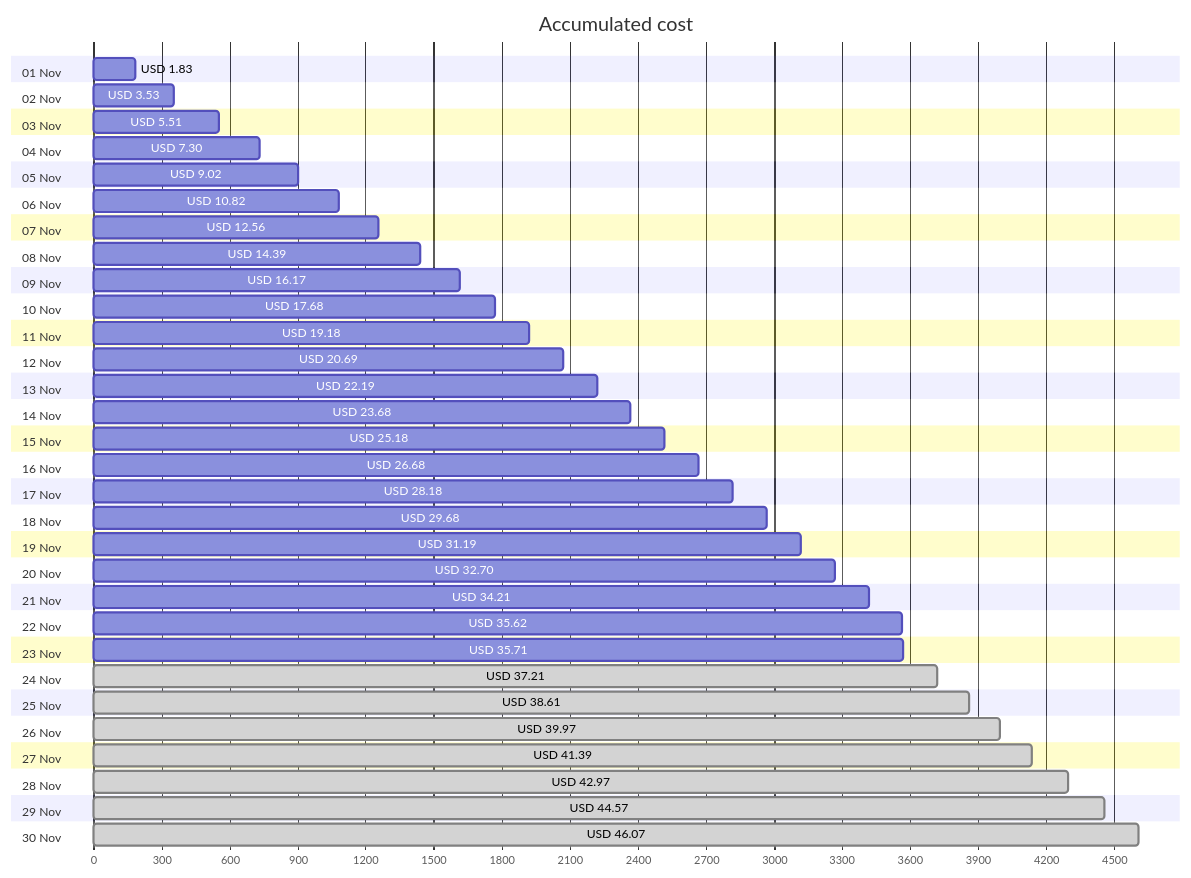
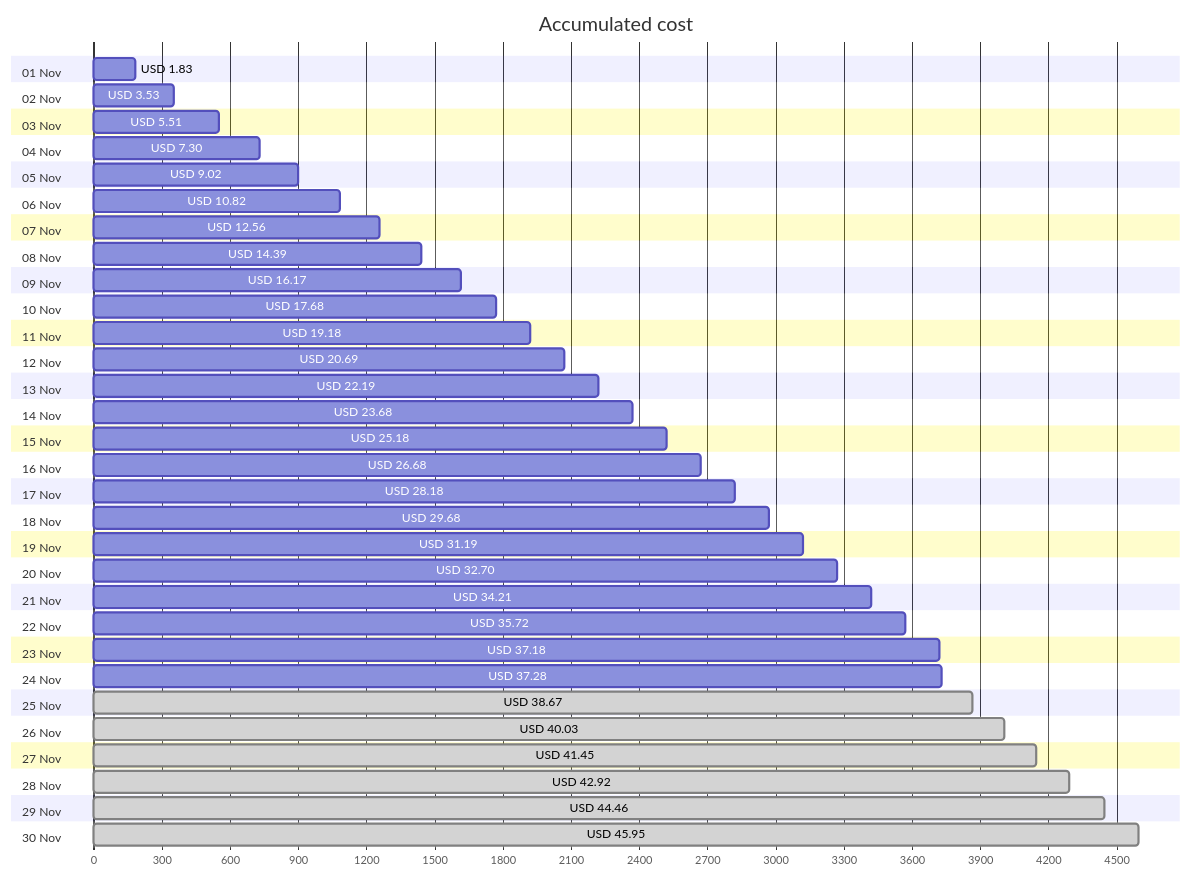
The first of 4 diagrams in cost-reports/personal-network/README.md (jpfulton/azure-personal-reports), drawn with Mermaid before and after one commit. The commit also changed other lines of this file and 8 other files, not shown here.

````diff
--- a/cost-reports/personal-network/README.md
+++ b/cost-reports/personal-network/README.md
@@ -20,66 +20,66 @@
 ```mermaid
 gantt
    title Accumulated cost
    dateFormat  X
    axisFormat %s
    section 01 Nov
    USD 1.83 :0, 183
    section 02 Nov
    USD 3.53 :0, 353
    section 03 Nov
    USD 5.51 :0, 551
    section 04 Nov
    USD 7.30 :0, 730
    section 05 Nov
    USD 9.02 :0, 902
    section 06 Nov
    USD 10.82 :0, 1082
    section 07 Nov
    USD 12.56 :0, 1256
    section 08 Nov
    USD 14.39 :0, 1439
    section 09 Nov
    USD 16.17 :0, 1617
    section 10 Nov
    USD 17.68 :0, 1768
    section 11 Nov
    USD 19.18 :0, 1918
    section 12 Nov
    USD 20.69 :0, 2069
    section 13 Nov
    USD 22.19 :0, 2219
    section 14 Nov
    USD 23.68 :0, 2368
    section 15 Nov
    USD 25.18 :0, 2518
    section 16 Nov
    USD 26.68 :0, 2668
    section 17 Nov
    USD 28.18 :0, 2818
    section 18 Nov
    USD 29.68 :0, 2968
    section 19 Nov
    USD 31.19 :0, 3119
    section 20 Nov
    USD 32.70 :0, 3270
    section 21 Nov
    USD 34.21 :0, 3421
    section 22 Nov
-   USD 35.62 :0, 3562
+   USD 35.72 :0, 3572
    section 23 Nov
-   USD 35.71 :0, 3571
+   USD 37.18 :0, 3718
    section 24 Nov
-   USD 37.21 : done, 0, 3721
+   USD 37.28 :0, 3728
    section 25 Nov
-   USD 38.61 : done, 0, 3861
+   USD 38.67 : done, 0, 3867
    section 26 Nov
-   USD 39.97 : done, 0, 3997
+   USD 40.03 : done, 0, 4003
    section 27 Nov
-   USD 41.39 : done, 0, 4139
+   USD 41.45 : done, 0, 4145
    section 28 Nov
-   USD 42.97 : done, 0, 4297
+   USD 42.92 : done, 0, 4292
    section 29 Nov
-   USD 44.57 : done, 0, 4457
+   USD 44.46 : done, 0, 4446
    section 30 Nov
-   USD 46.07 : done, 0, 4607
+   USD 45.95 : done, 0, 4595
 ```
````
